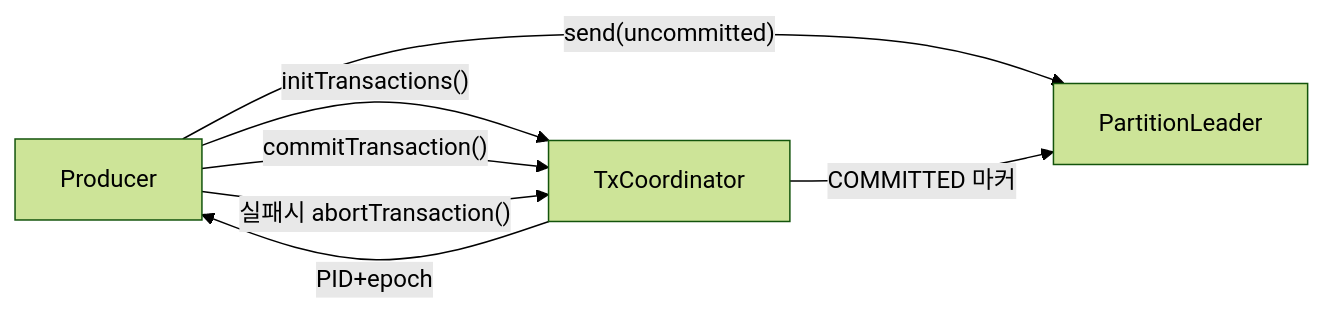
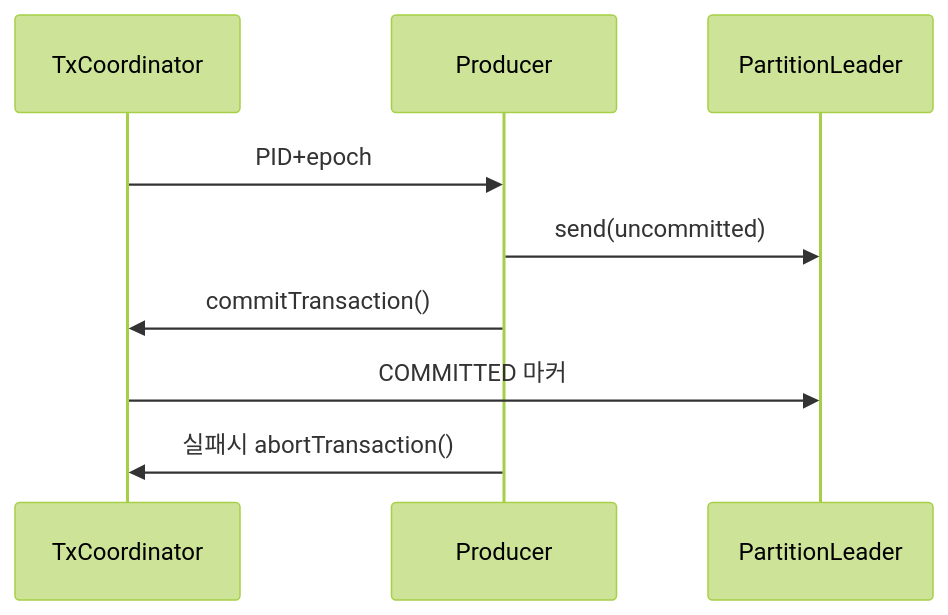
Before and after one commit to yjkim2015/yjkim2015.github.io: diagram 15 of 21 in _posts/kafka/2026-05-01-kafka-internals.md, drawn with Mermaid (forest theme). The commit also changed other lines of this file and 89 other files, not shown here.

First line of the commit message:
복잡한 flowchart 163개 → sequenceDiagram 변환 (90파일)

````diff
--- a/_posts/kafka/2026-05-01-kafka-internals.md
+++ b/_posts/kafka/2026-05-01-kafka-internals.md
@@ -412,9 +406,8 @@
 ```mermaid
-graph LR
-    P["Producer"] -->|"initTransactions()"| TC["TxCoordinator"]
-    TC -->|"PID+epoch"| P
-    P -->|"send(uncommitted)"| PL["PartitionLeader"]
-    P -->|"commitTransaction()"| TC
-    TC -->|"COMMITTED 마커"| PL
-    P -->|"실패시 abortTransaction()"| TC
+sequenceDiagram
+    TxCoordinator->>Producer: PID+epoch
+    Producer->>PartitionLeader: send(uncommitted)
+    Producer->>TxCoordinator: commitTransaction()
+    TxCoordinator->>PartitionLeader: COMMITTED 마커
+    Producer->>TxCoordinator: 실패시 abortTransaction()
 ```
````
